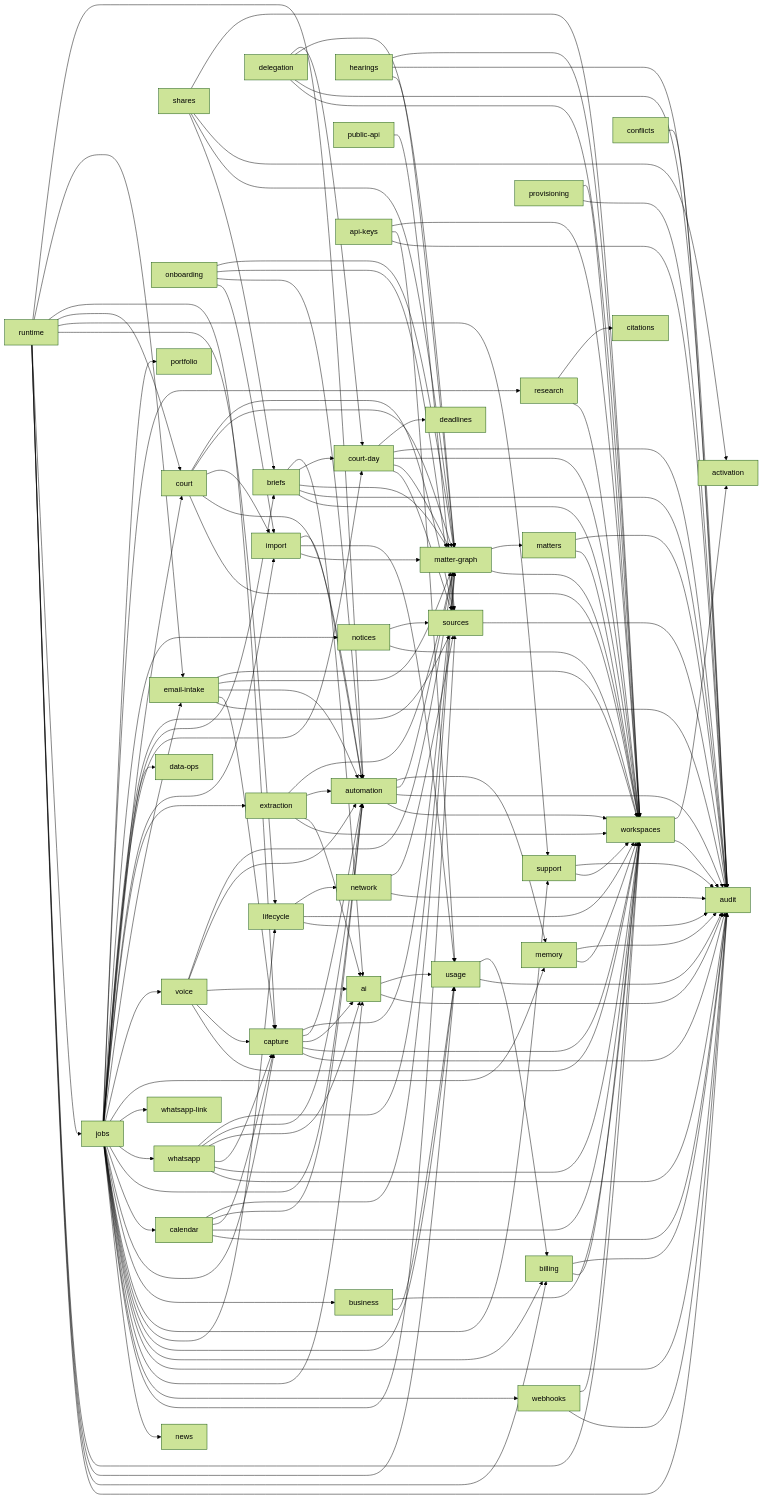
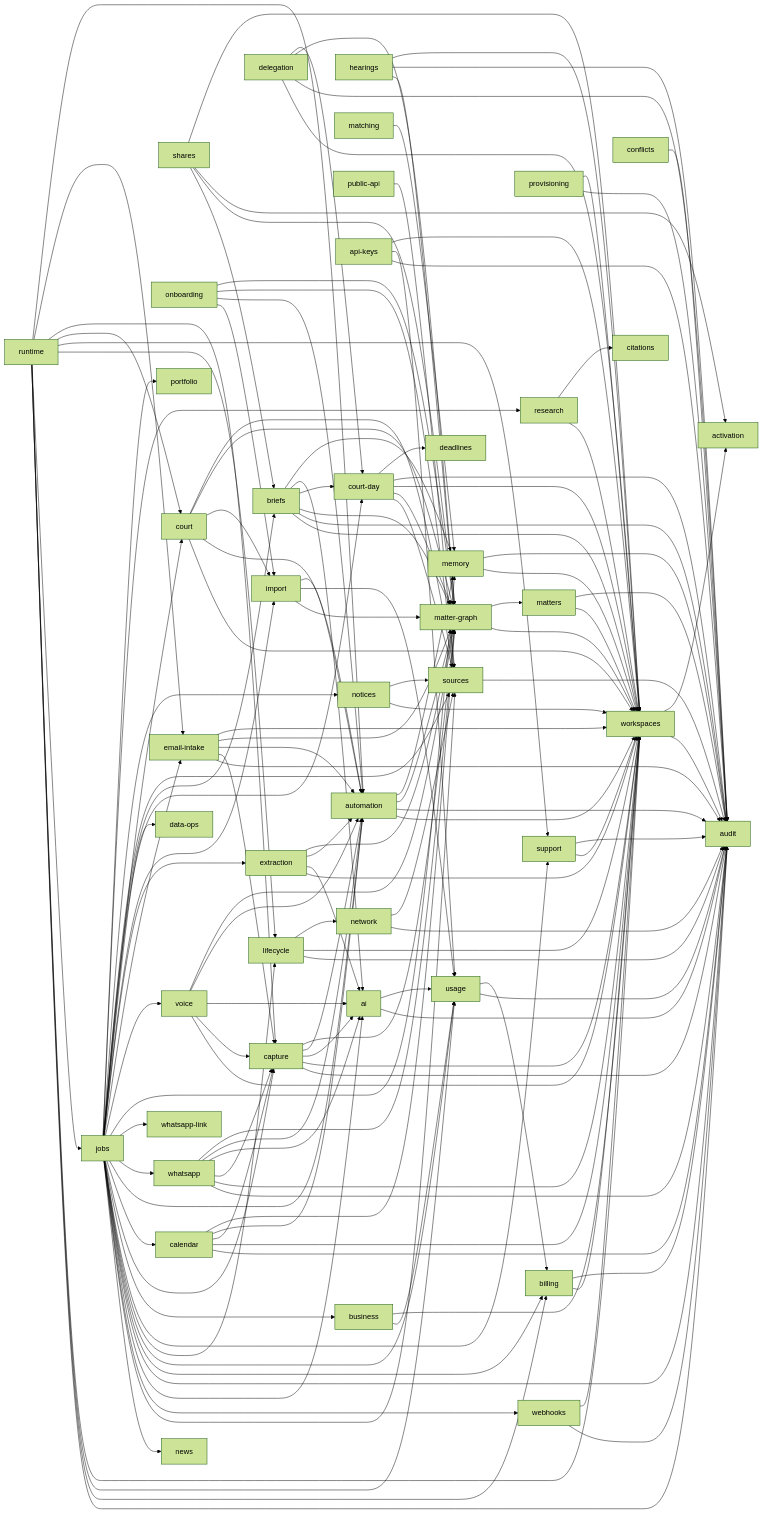
The diagram in docs/engineering/core-domains.md (RapierCraftStudios/causedeck), drawn with Mermaid (forest theme) before and after one commit. The commit also changed other lines of this file and 17 other files, not shown here.

```diff
--- a/docs/engineering/core-domains.md
+++ b/docs/engineering/core-domains.md
@@ -125,6 +126,8 @@
   delegation --> matter-graph
   delegation --> court-day
   briefs --> ai
+  briefs --> memory
+  matching --> memory
   shares --> briefs
   shares --> matter-graph
   shares --> activation
```
